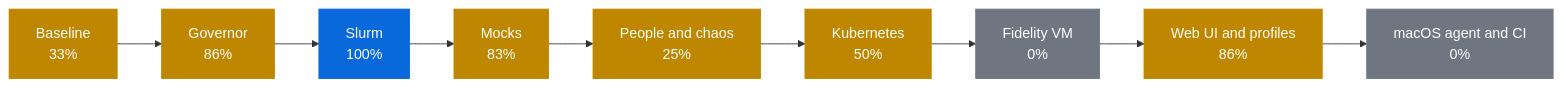
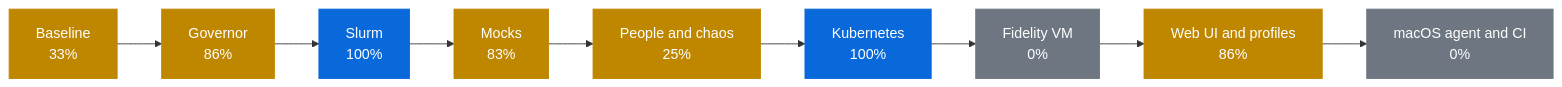
The first of 2 diagrams in docs/PROGRESS.md (AhmedYousriSobhi/workbench), drawn with Mermaid before and after one commit. The commit also changed other lines of this file and 46 other files, not shown here.

````diff
--- a/docs/PROGRESS.md
+++ b/docs/PROGRESS.md
@@ -10,17 +10,17 @@
 ```mermaid
 flowchart LR
     p0["Baseline<br/>33%"]:::partial
     p1["Governor<br/>86%"]:::partial
     p2["Slurm<br/>100%"]:::review
     p3["Mocks<br/>83%"]:::partial
     p4["People and chaos<br/>25%"]:::partial
-    p5["Kubernetes<br/>50%"]:::partial
+    p5["Kubernetes<br/>100%"]:::review
     p6["Fidelity VM<br/>0%"]:::todo
     p7["Web UI and profiles<br/>86%"]:::partial
     p8["macOS agent and CI<br/>0%"]:::todo
     p0 --> p1 --> p2 --> p3 --> p4 --> p5 --> p6 --> p7 --> p8
     classDef done fill:#1a7f37,stroke:#1a7f37,color:#fff
     classDef review fill:#0969da,stroke:#0969da,color:#fff
     classDef partial fill:#bf8700,stroke:#bf8700,color:#fff
     classDef todo fill:#6e7781,stroke:#6e7781,color:#fff
 ```
````
